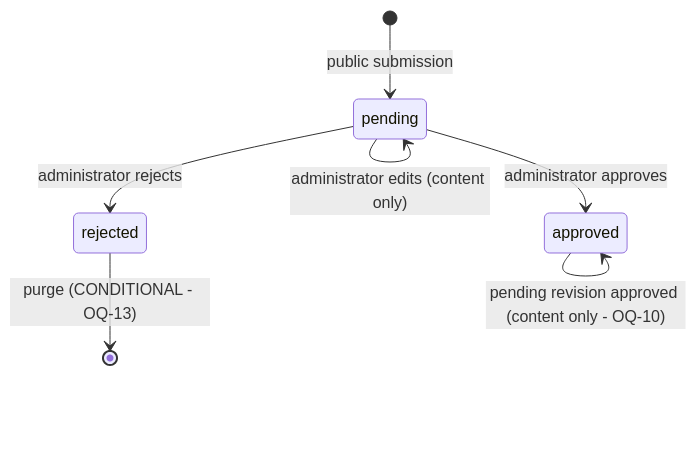
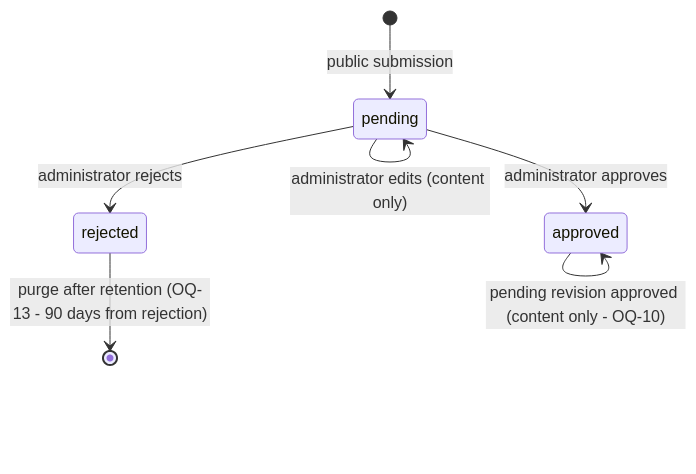
The second of 4 diagrams in docs/08-data-model.md (jssemwog/community-directory-platform), drawn with Mermaid before and after one commit. The commit also changed other lines of this file and 12 other files, not shown here.

First line of the commit message:
docs: define rejected-record retention and purge policy (#60)

````diff
--- a/docs/08-data-model.md
+++ b/docs/08-data-model.md
@@ -346,9 +346,9 @@
 ```mermaid
 stateDiagram-v2
     [*] --> pending : public submission
     pending --> approved : administrator approves
     pending --> rejected : administrator rejects
     pending --> pending : administrator edits (content only)
     approved --> approved : pending revision approved (content only - OQ-10)
-    rejected --> [*] : purge (CONDITIONAL - OQ-13)
+    rejected --> [*] : purge after retention (OQ-13 - 90 days from rejection)
 ```
````
